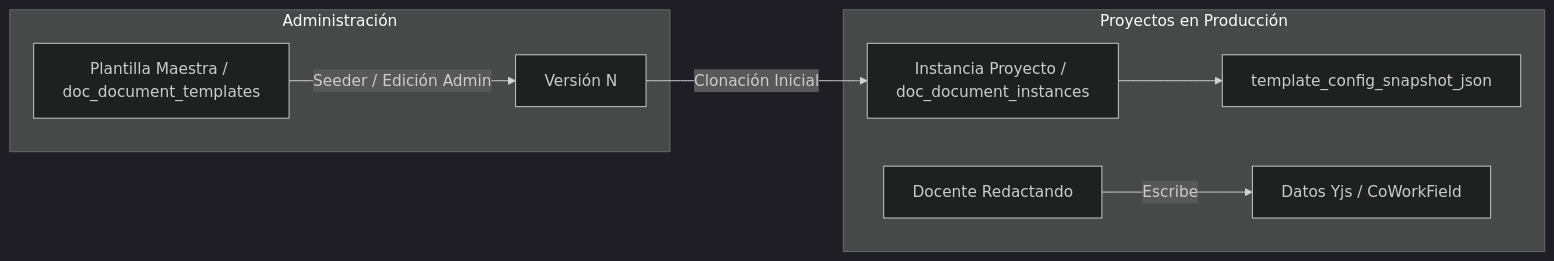
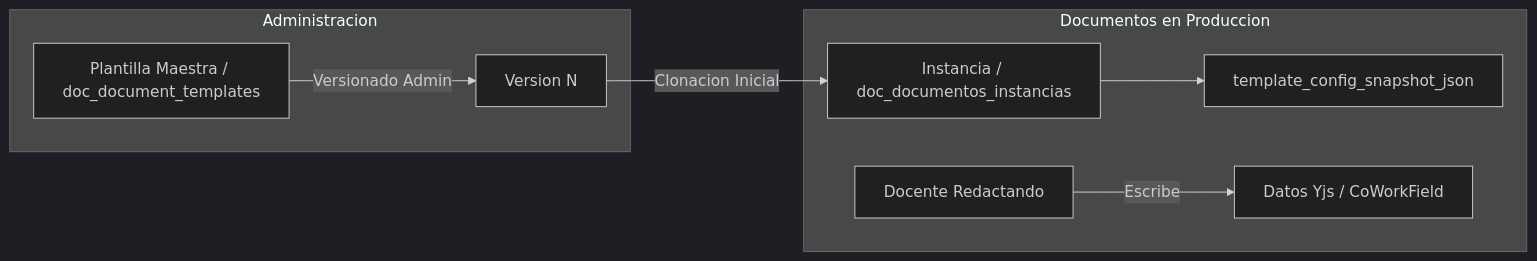
The second of 2 diagrams in docs/documentacion/03-motores-especializados/01-motor-documental-pdf.md (JorgeDoicela/dosier), drawn with Mermaid (dark theme) before and after one commit. The commit also changed other lines of this file and 34 other files, not shown here.

````diff
--- a/docs/documentacion/03-motores-especializados/01-motor-documental-pdf.md
+++ b/docs/documentacion/03-motores-especializados/01-motor-documental-pdf.md
@@ -102,11 +105,11 @@
 ```mermaid
 graph LR
-    subgraph Administración
-        T[Plantilla Maestra / doc_document_templates] -->|Seeder / Edición Admin| TVersion[Versión N]
+    subgraph Administracion
+        T[Plantilla Maestra / doc_document_templates] -->|Versionado Admin| TVersion[Version N]
     end
-    subgraph Proyectos en Producción
-        TVersion -->|Clonación Inicial| Instance[Instancia Proyecto / doc_document_instances]
+    subgraph Documentos en Produccion
+        TVersion -->|Clonacion Inicial| Instance[Instancia / doc_documentos_instancias]
         Instance --> Snapshot[template_config_snapshot_json]
         Docente[Docente Redactando] -->|Escribe| CoWorkData[Datos Yjs / CoWorkField]
     end
 ```
````
